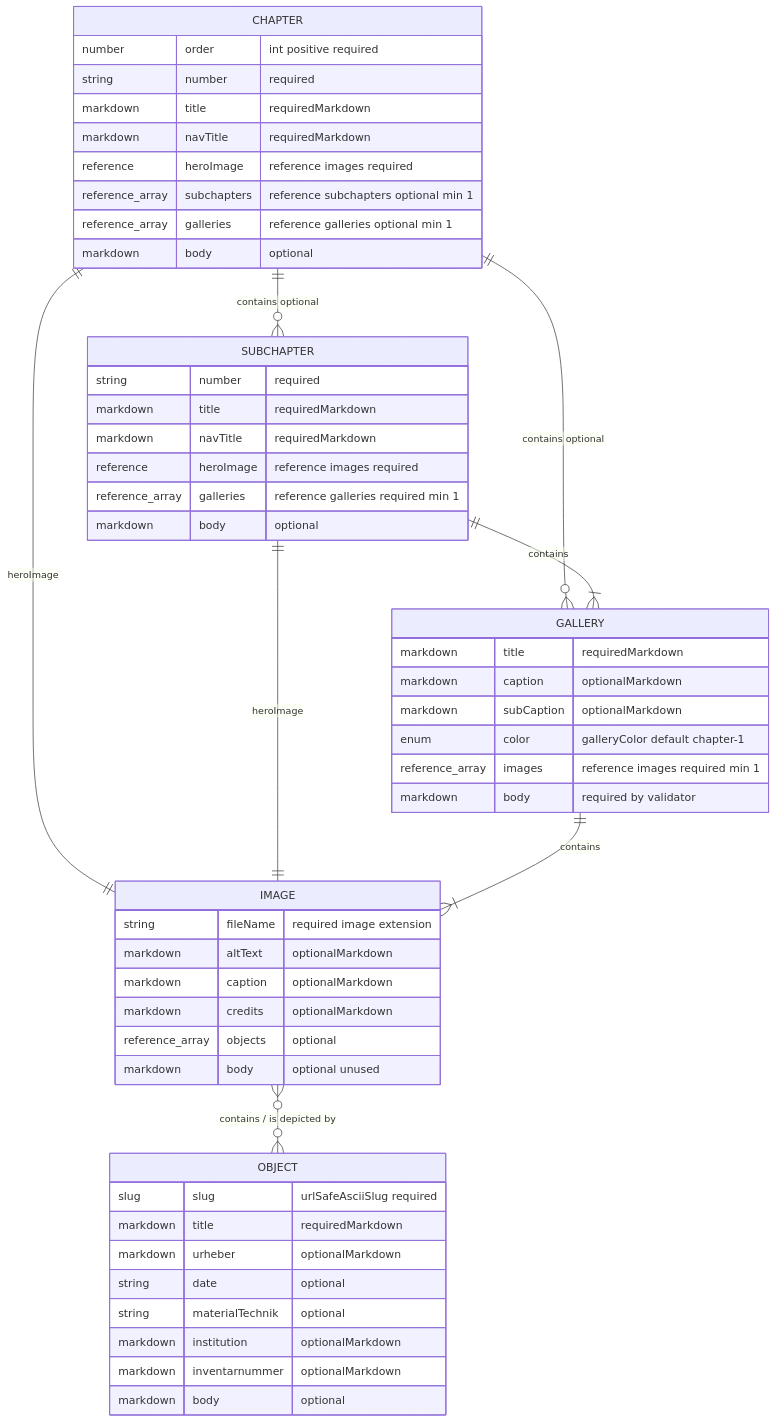
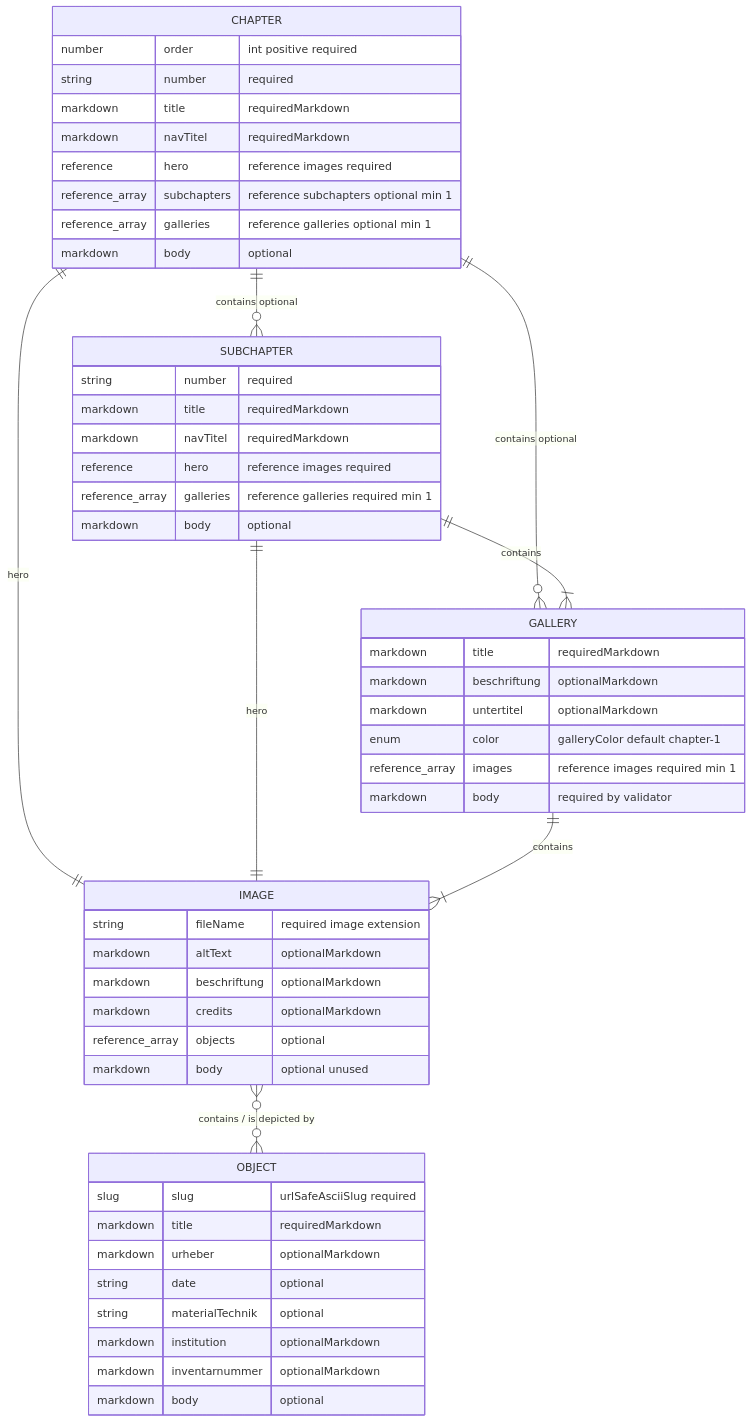
The diagram in docs/content-model.md (Theodor-Springmann-Stiftung/hebel-ausstellung), drawn with Mermaid before and after one commit. The commit also changed other lines of this file and 18 other files, not shown here.

````diff
--- a/docs/content-model.md
+++ b/docs/content-model.md
@@ -260,59 +260,59 @@
 ```mermaid
 erDiagram
   CHAPTER ||--o{ SUBCHAPTER : "contains optional"
   CHAPTER ||--o{ GALLERY : "contains optional"
-  CHAPTER ||--|| IMAGE : "heroImage"
+  CHAPTER ||--|| IMAGE : "hero"
   SUBCHAPTER ||--|{ GALLERY : "contains"
-  SUBCHAPTER ||--|| IMAGE : "heroImage"
+  SUBCHAPTER ||--|| IMAGE : "hero"
   GALLERY ||--|{ IMAGE : "contains"
   IMAGE }o--o{ OBJECT : "contains / is depicted by"
 
   CHAPTER {
     number order "int positive required"
     string number "required"
     markdown title "requiredMarkdown"
-    markdown navTitle "requiredMarkdown"
-    reference heroImage "reference images required"
+    markdown navTitel "requiredMarkdown"
+    reference hero "reference images required"
     reference_array subchapters "reference subchapters optional min 1"
     reference_array galleries "reference galleries optional min 1"
     markdown body "optional"
   }
 
   SUBCHAPTER {
     string number "required"
     markdown title "requiredMarkdown"
-    markdown navTitle "requiredMarkdown"
-    reference heroImage "reference images required"
+    markdown navTitel "requiredMarkdown"
+    reference hero "reference images required"
     reference_array galleries "reference galleries required min 1"
     markdown body "optional"
   }
 
   GALLERY {
     markdown title "requiredMarkdown"
-    markdown caption "optionalMarkdown"
-    markdown subCaption "optionalMarkdown"
+    markdown beschriftung "optionalMarkdown"
+    markdown untertitel "optionalMarkdown"
     enum color "galleryColor default chapter-1"
     reference_array images "reference images required min 1"
     markdown body "required by validator"
   }
 
   IMAGE {
     string fileName "required image extension"
     markdown altText "optionalMarkdown"
-    markdown caption "optionalMarkdown"
+    markdown beschriftung "optionalMarkdown"
     markdown credits "optionalMarkdown"
     reference_array objects "optional"
     markdown body "optional unused"
   }
 
   OBJECT {
     slug slug "urlSafeAsciiSlug required"
     markdown title "requiredMarkdown"
     markdown urheber "optionalMarkdown"
     string date "optional"
     string materialTechnik "optional"
     markdown institution "optionalMarkdown"
     markdown inventarnummer "optionalMarkdown"
     markdown body "optional"
   }
 ```
````
